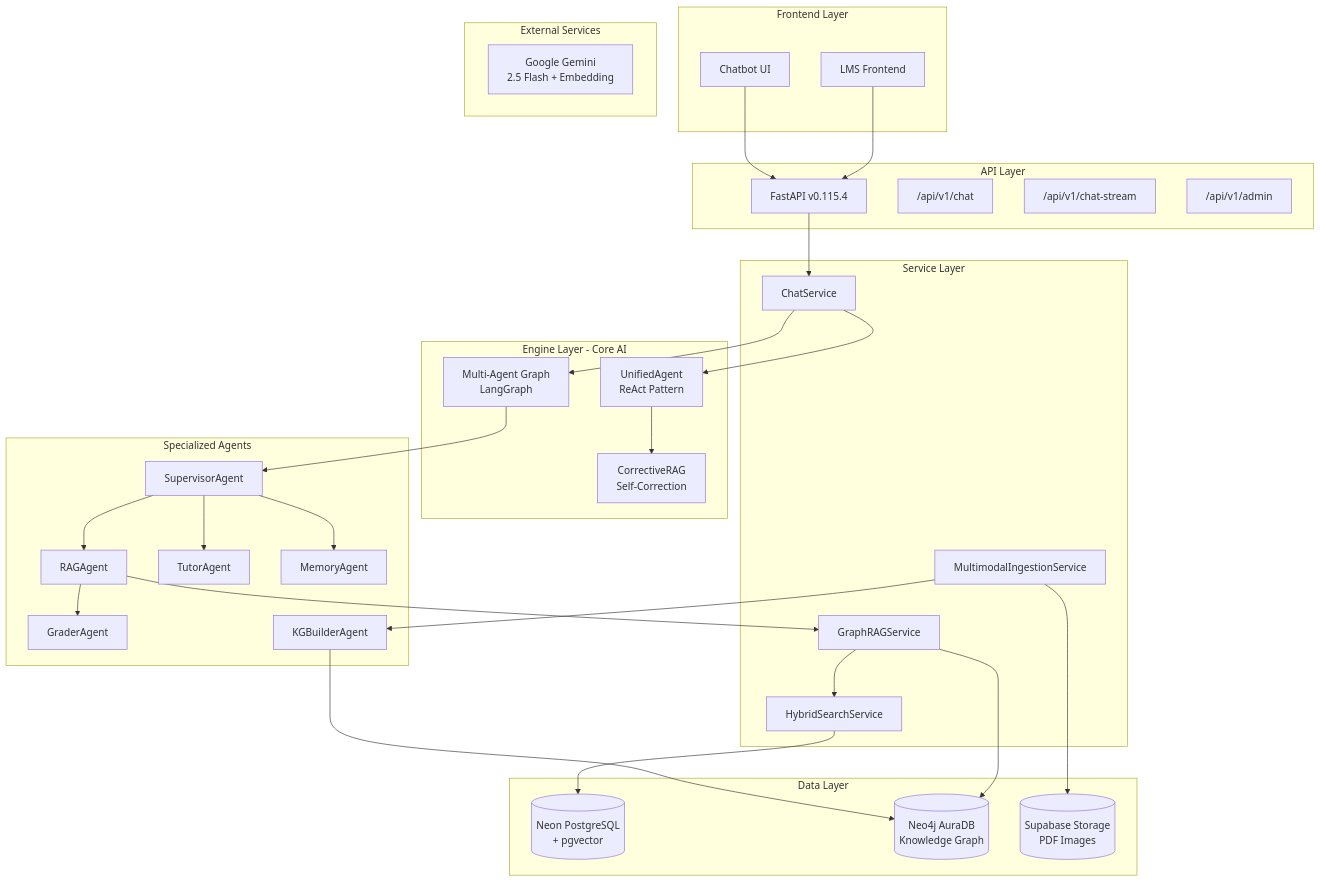
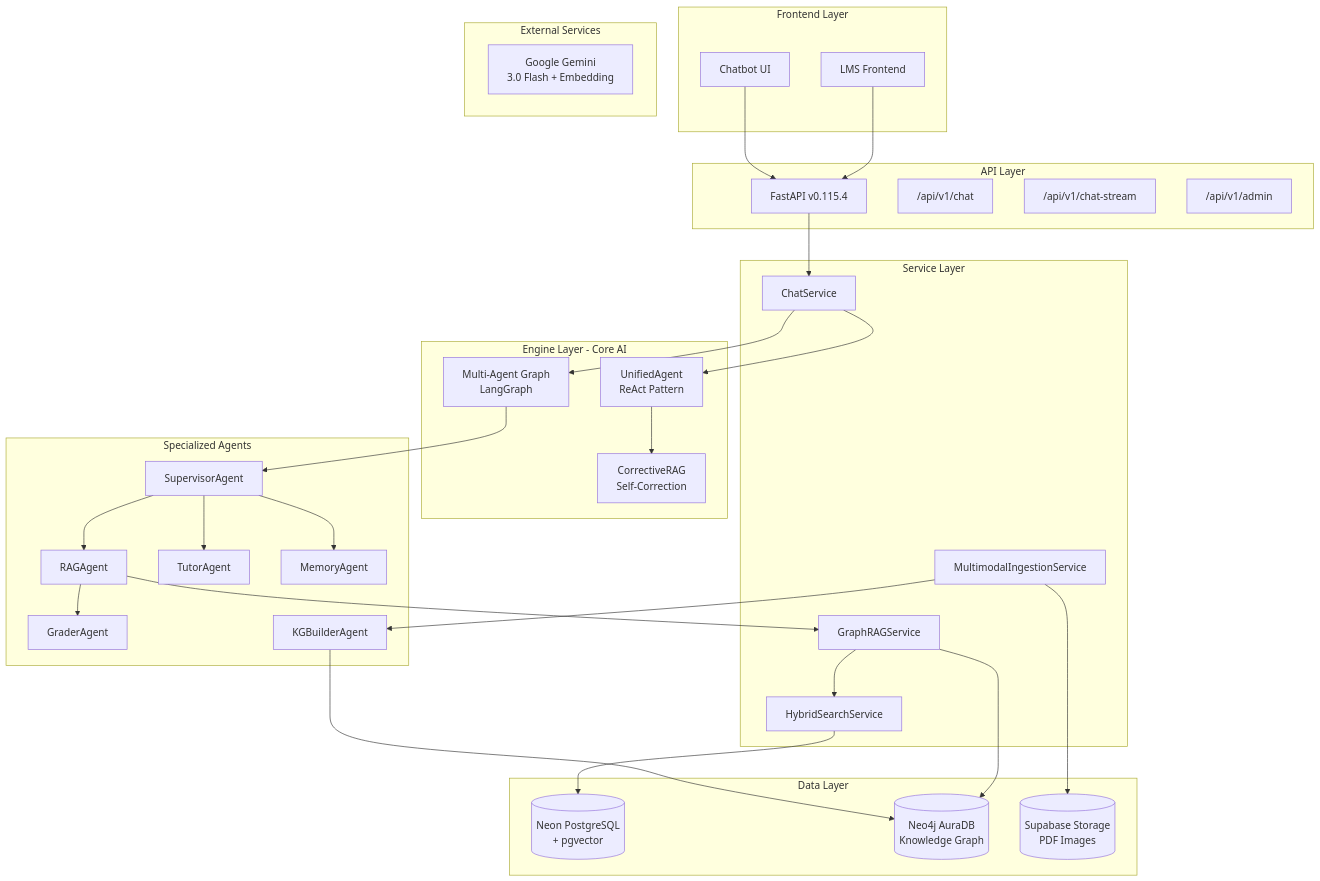
Before and after one commit to meiiie/LMS_AI: the first of 7 diagrams in docs/architecture/SYSTEM_ARCHITECTURE.md, drawn with Mermaid. The commit also changed other lines of this file and 14 other files, not shown here.

````diff
--- a/docs/architecture/SYSTEM_ARCHITECTURE.md
+++ b/docs/architecture/SYSTEM_ARCHITECTURE.md
@@ -23,65 +23,65 @@
 ```mermaid
 graph TB
     subgraph "Frontend Layer"
         LMS[LMS Frontend]
         Chatbot[Chatbot UI]
     end
     
     subgraph "API Layer"
         API[FastAPI v0.115.4]
         Chat["/api/v1/chat"]
         Stream["/api/v1/chat-stream"]
         Admin["/api/v1/admin"]
     end
     
     subgraph "Service Layer"
         ChatSvc[ChatService]
         GraphRAG[GraphRAGService]
         HybridSearch[HybridSearchService]
         Ingestion[MultimodalIngestionService]
     end
     
     subgraph "Engine Layer - Core AI"
         UA[UnifiedAgent<br>ReAct Pattern]
         CRAG[CorrectiveRAG<br>Self-Correction]
         MAG[Multi-Agent Graph<br>LangGraph]
     end
     
     subgraph "Specialized Agents"
         Supervisor[SupervisorAgent]
         RAG[RAGAgent]
         Tutor[TutorAgent]
         Memory[MemoryAgent]
         Grader[GraderAgent]
         KG[KGBuilderAgent]
     end
     
     subgraph "Data Layer"
         Neon[(Neon PostgreSQL<br>+ pgvector)]
         Neo4j[(Neo4j AuraDB<br>Knowledge Graph)]
         Supabase[(Supabase Storage<br>PDF Images)]
     end
     
     subgraph "External Services"
-        Gemini[Google Gemini<br>2.5 Flash + Embedding]
+        Gemini[Google Gemini<br>3.0 Flash + Embedding]
     end
     
     LMS --> API
     Chatbot --> API
     API --> ChatSvc
     ChatSvc --> UA
     ChatSvc --> MAG
     UA --> CRAG
     MAG --> Supervisor
     Supervisor --> RAG
     Supervisor --> Tutor
     Supervisor --> Memory
     RAG --> Grader
     RAG --> GraphRAG
     GraphRAG --> HybridSearch
     GraphRAG --> Neo4j
     HybridSearch --> Neon
     Ingestion --> Supabase
     Ingestion --> KG
     KG --> Neo4j
 ```
````
